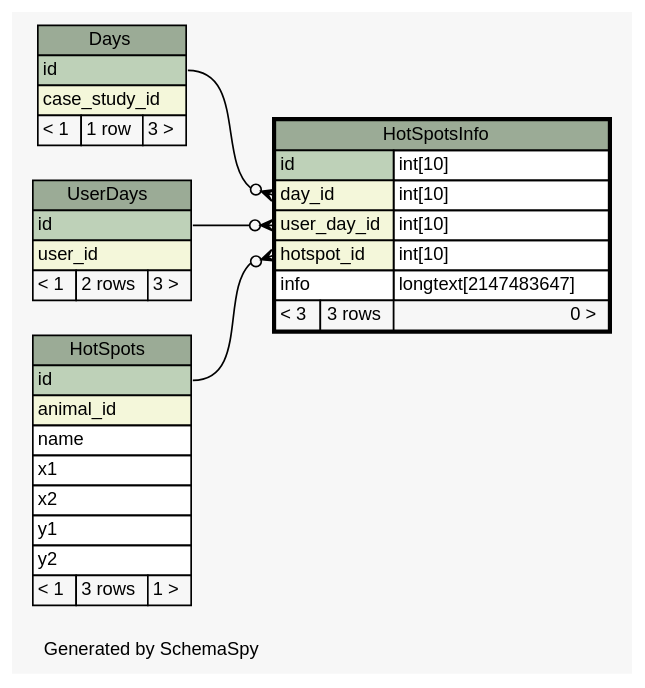
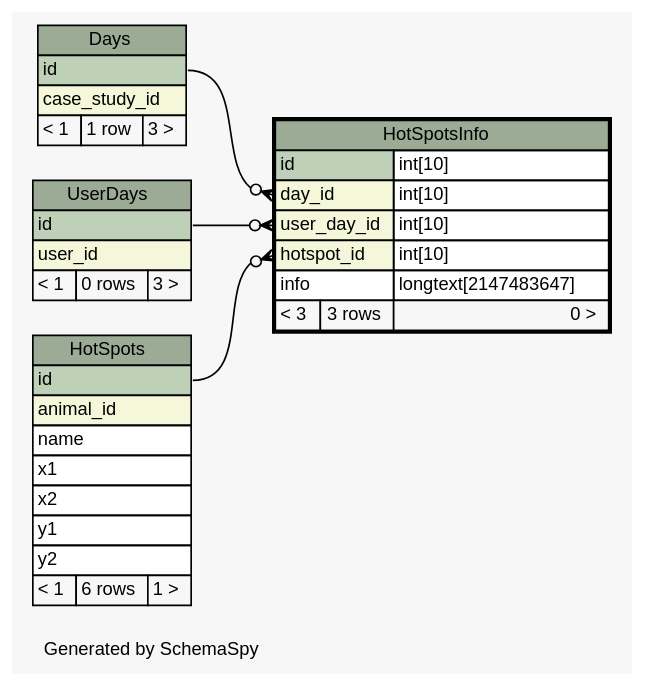
Before and after one commit to carrel2/CaseStudies: the diagram in web/files/schema/diagrams/HotSpotsInfo.1degree.dot, drawn with Graphviz. The commit also changed 228 other files, not shown here.

```diff
--- a/web/files/schema/diagrams/HotSpotsInfo.1degree.dot
+++ b/web/files/schema/diagrams/HotSpotsInfo.1degree.dot
@@ -1,77 +1,77 @@
-// dot 2.38.0 on Linux 4.4.0-67-generic
+// dot 2.38.0 on Linux 4.4.0-72-generic
 // SchemaSpy rev 590
 digraph "oneDegreeRelationshipsDiagram" {
   graph [
     rankdir="RL"
     bgcolor="#f7f7f7"
     label="\nGenerated by SchemaSpy"
     labeljust="l"
     nodesep="0.18"
     ranksep="0.46"
     fontname="Helvetica"
     fontsize="11"
   ];
   node [
     fontname="Helvetica"
     fontsize="11"
     shape="plaintext"
   ];
   edge [
     arrowsize="0.8"
   ];
   "HotSpotsInfo":"day_id":w -> "Days":"id":e [arrowhead=none dir=back arrowtail=crowodot];
   "HotSpotsInfo":"hotspot_id":w -> "HotSpots":"id":e [arrowhead=none dir=back arrowtail=crowodot];
   "HotSpotsInfo":"user_day_id":w -> "UserDays":"id":e [arrowhead=none dir=back arrowtail=crowodot];
   "Days" [
     label=<
     <TABLE BORDER="0" CELLBORDER="1" CELLSPACING="0" BGCOLOR="#ffffff">
       <TR><TD COLSPAN="3" BGCOLOR="#9bab96" ALIGN="CENTER">Days</TD></TR>
       <TR><TD PORT="id" COLSPAN="3" BGCOLOR="#bed1b8" ALIGN="LEFT">id</TD></TR>
       <TR><TD PORT="case_study_id" COLSPAN="3" BGCOLOR="#f4f7da" ALIGN="LEFT">case_study_id</TD></TR>
       <TR><TD ALIGN="LEFT" BGCOLOR="#f7f7f7">&lt; 1</TD><TD ALIGN="RIGHT" BGCOLOR="#f7f7f7">1 row</TD><TD ALIGN="RIGHT" BGCOLOR="#f7f7f7">3 &gt;</TD></TR>
     </TABLE>>
     URL="Days.html"
     tooltip="Days"
   ];
   "HotSpots" [
     label=<
     <TABLE BORDER="0" CELLBORDER="1" CELLSPACING="0" BGCOLOR="#ffffff">
       <TR><TD COLSPAN="3" BGCOLOR="#9bab96" ALIGN="CENTER">HotSpots</TD></TR>
       <TR><TD PORT="id" COLSPAN="3" BGCOLOR="#bed1b8" ALIGN="LEFT">id</TD></TR>
       <TR><TD PORT="animal_id" COLSPAN="3" BGCOLOR="#f4f7da" ALIGN="LEFT">animal_id</TD></TR>
       <TR><TD PORT="name" COLSPAN="3" ALIGN="LEFT">name</TD></TR>
       <TR><TD PORT="x1" COLSPAN="3" ALIGN="LEFT">x1</TD></TR>
       <TR><TD PORT="x2" COLSPAN="3" ALIGN="LEFT">x2</TD></TR>
       <TR><TD PORT="y1" COLSPAN="3" ALIGN="LEFT">y1</TD></TR>
       <TR><TD PORT="y2" COLSPAN="3" ALIGN="LEFT">y2</TD></TR>
-      <TR><TD ALIGN="LEFT" BGCOLOR="#f7f7f7">&lt; 1</TD><TD ALIGN="RIGHT" BGCOLOR="#f7f7f7">3 rows</TD><TD ALIGN="RIGHT" BGCOLOR="#f7f7f7">1 &gt;</TD></TR>
+      <TR><TD ALIGN="LEFT" BGCOLOR="#f7f7f7">&lt; 1</TD><TD ALIGN="RIGHT" BGCOLOR="#f7f7f7">6 rows</TD><TD ALIGN="RIGHT" BGCOLOR="#f7f7f7">1 &gt;</TD></TR>
     </TABLE>>
     URL="HotSpots.html"
     tooltip="HotSpots"
   ];
   "HotSpotsInfo" [
     label=<
     <TABLE BORDER="2" CELLBORDER="1" CELLSPACING="0" BGCOLOR="#ffffff">
       <TR><TD COLSPAN="3" BGCOLOR="#9bab96" ALIGN="CENTER">HotSpotsInfo</TD></TR>
       <TR><TD PORT="id" COLSPAN="2" BGCOLOR="#bed1b8" ALIGN="LEFT">id</TD><TD PORT="id.type" ALIGN="LEFT">int[10]</TD></TR>
       <TR><TD PORT="day_id" COLSPAN="2" BGCOLOR="#f4f7da" ALIGN="LEFT">day_id</TD><TD PORT="day_id.type" ALIGN="LEFT">int[10]</TD></TR>
       <TR><TD PORT="user_day_id" COLSPAN="2" BGCOLOR="#f4f7da" ALIGN="LEFT">user_day_id</TD><TD PORT="user_day_id.type" ALIGN="LEFT">int[10]</TD></TR>
       <TR><TD PORT="hotspot_id" COLSPAN="2" BGCOLOR="#f4f7da" ALIGN="LEFT">hotspot_id</TD><TD PORT="hotspot_id.type" ALIGN="LEFT">int[10]</TD></TR>
       <TR><TD PORT="info" COLSPAN="2" ALIGN="LEFT">info</TD><TD PORT="info.type" ALIGN="LEFT">longtext[2147483647]</TD></TR>
       <TR><TD ALIGN="LEFT" BGCOLOR="#f7f7f7">&lt; 3</TD><TD ALIGN="RIGHT" BGCOLOR="#f7f7f7">3 rows</TD><TD ALIGN="RIGHT" BGCOLOR="#f7f7f7">0 &gt;</TD></TR>
     </TABLE>>
     URL="HotSpotsInfo.html"
     tooltip="HotSpotsInfo"
   ];
   "UserDays" [
     label=<
     <TABLE BORDER="0" CELLBORDER="1" CELLSPACING="0" BGCOLOR="#ffffff">
       <TR><TD COLSPAN="3" BGCOLOR="#9bab96" ALIGN="CENTER">UserDays</TD></TR>
       <TR><TD PORT="id" COLSPAN="3" BGCOLOR="#bed1b8" ALIGN="LEFT">id</TD></TR>
       <TR><TD PORT="user_id" COLSPAN="3" BGCOLOR="#f4f7da" ALIGN="LEFT">user_id</TD></TR>
-      <TR><TD ALIGN="LEFT" BGCOLOR="#f7f7f7">&lt; 1</TD><TD ALIGN="RIGHT" BGCOLOR="#f7f7f7">2 rows</TD><TD ALIGN="RIGHT" BGCOLOR="#f7f7f7">3 &gt;</TD></TR>
+      <TR><TD ALIGN="LEFT" BGCOLOR="#f7f7f7">&lt; 1</TD><TD ALIGN="RIGHT" BGCOLOR="#f7f7f7">0 rows</TD><TD ALIGN="RIGHT" BGCOLOR="#f7f7f7">3 &gt;</TD></TR>
     </TABLE>>
     URL="UserDays.html"
     tooltip="UserDays"
   ];
 }
```
